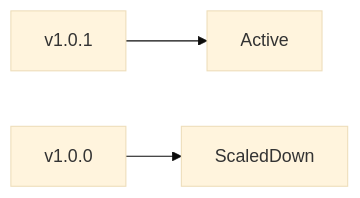
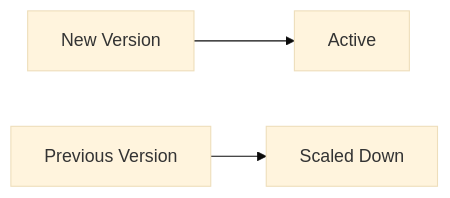
Diagram 11 of 35 in docs/04-progressive-delivery/README.md (ahmed-sayed-devops/microservices-platform-gitops), drawn with Mermaid (base theme) before and after one commit. The commit also changed other lines of this file and 13 other files, not shown here.

Commit message:
docs: update progressive delivery and platform architecture

````diff
--- a/docs/04-progressive-delivery/README.md
+++ b/docs/04-progressive-delivery/README.md
@@ -619,5 +651,6 @@
 ```mermaid
 graph LR
-    A["v1.0.1"] --> B["Active"]
-    C["v1.0.0"] --> D["ScaledDown"]
+
+    A["New Version"] --> B["Active"]
+    C["Previous Version"] --> D["Scaled Down"]
 ```
````
